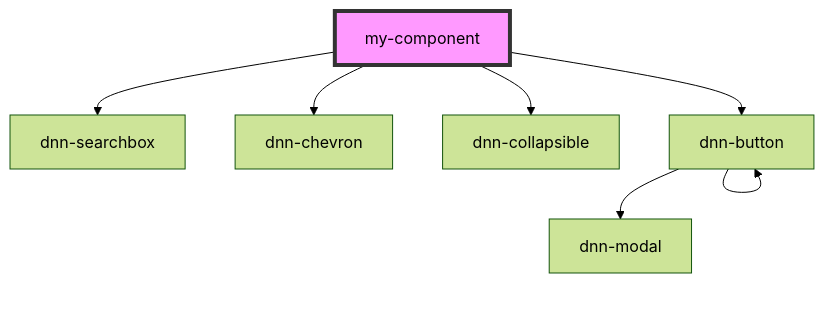
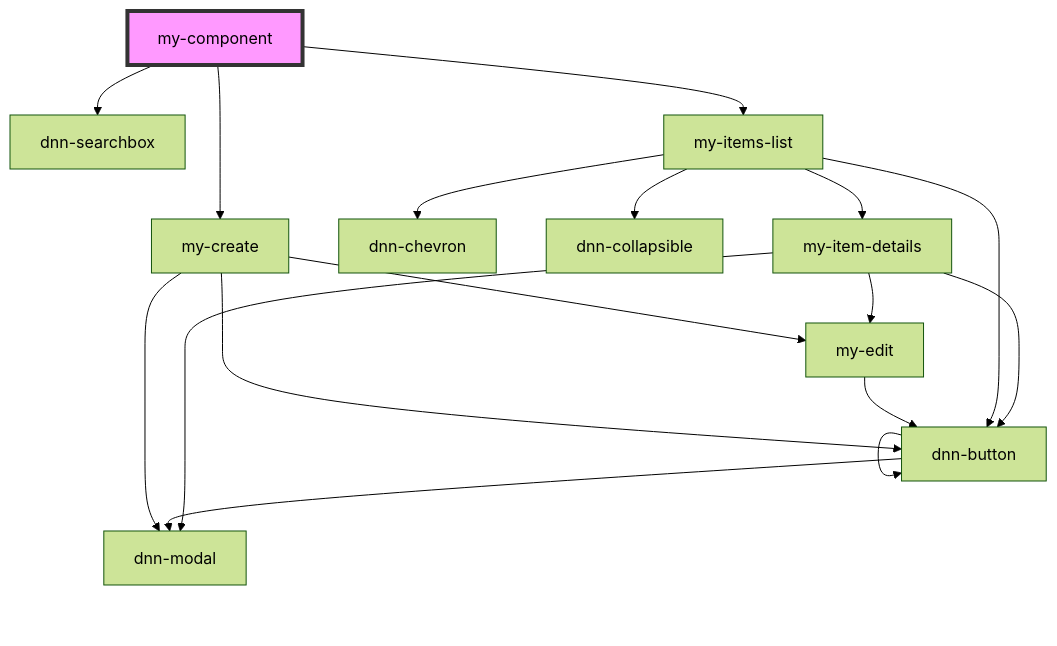
The diagram in module.web/src/components/my-component/readme.md (Raaphe/MyModule4123), drawn with Mermaid (forest theme) before and after one commit. The commit also changed other lines of this file and 16 other files, not shown here.

````diff
--- a/module.web/src/components/my-component/readme.md
+++ b/module.web/src/components/my-component/readme.md
@@ -70,10 +62,20 @@
 ```mermaid
 graph TD;
   my-component --> dnn-searchbox
-  my-component --> dnn-chevron
-  my-component --> dnn-collapsible
-  my-component --> dnn-button
+  my-component --> my-create
+  my-component --> my-items-list
+  my-create --> dnn-button
+  my-create --> dnn-modal
+  my-create --> my-edit
   dnn-button --> dnn-modal
   dnn-button --> dnn-button
+  my-edit --> dnn-button
+  my-items-list --> dnn-chevron
+  my-items-list --> dnn-collapsible
+  my-items-list --> my-item-details
+  my-items-list --> dnn-button
+  my-item-details --> dnn-button
+  my-item-details --> dnn-modal
+  my-item-details --> my-edit
   style my-component fill:#f9f,stroke:#333,stroke-width:4px
 ```
````
